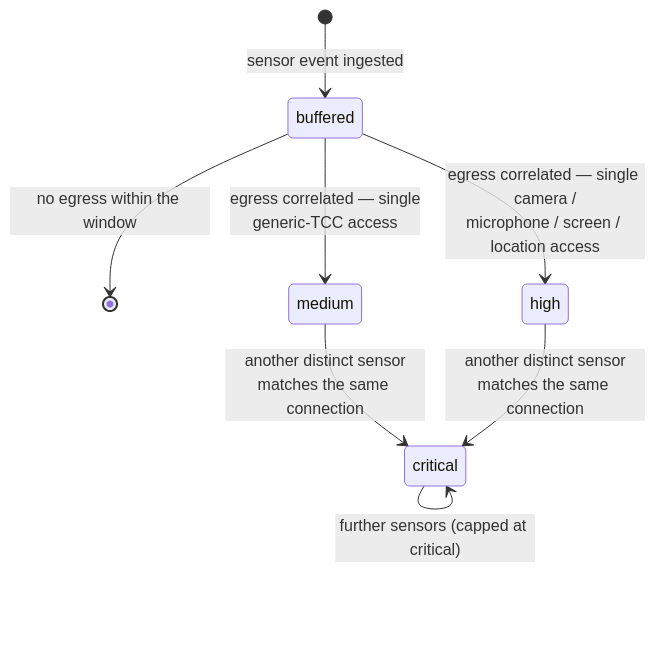
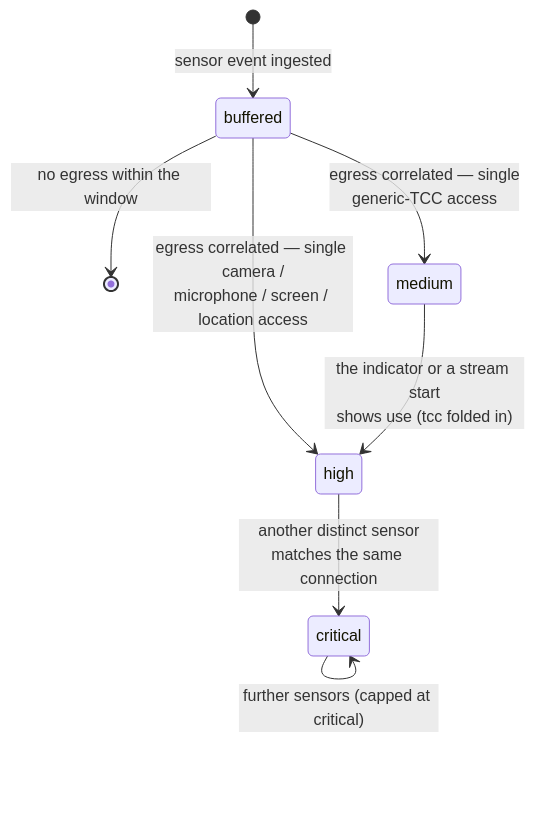
One commit to carlobaratta/safemaxxing changed the third of 4 diagrams in ARCHITECTURE.md. Above: the diagram before and after it, drawn with Mermaid. The commit also changed other lines of this file and 20 other files, not shown here.

First line of the commit message:
Add a launchd daemon for watch; count TCC requests as tcc, not sensor use (#16)

````diff
--- a/ARCHITECTURE.md
+++ b/ARCHITECTURE.md
@@ -123,10 +130,10 @@
 ```mermaid
 stateDiagram-v2
     [*] --> buffered: sensor event ingested
     buffered --> [*]: no egress within the window
     buffered --> medium: egress correlated — single<br/>generic-TCC access
     buffered --> high: egress correlated — single camera /<br/>microphone / screen / location access
-    medium --> critical: another distinct sensor<br/>matches the same connection
+    medium --> high: the indicator or a stream start<br/>shows use (tcc folded in)
     high --> critical: another distinct sensor<br/>matches the same connection
     critical --> critical: further sensors (capped at critical)
 ```
````
